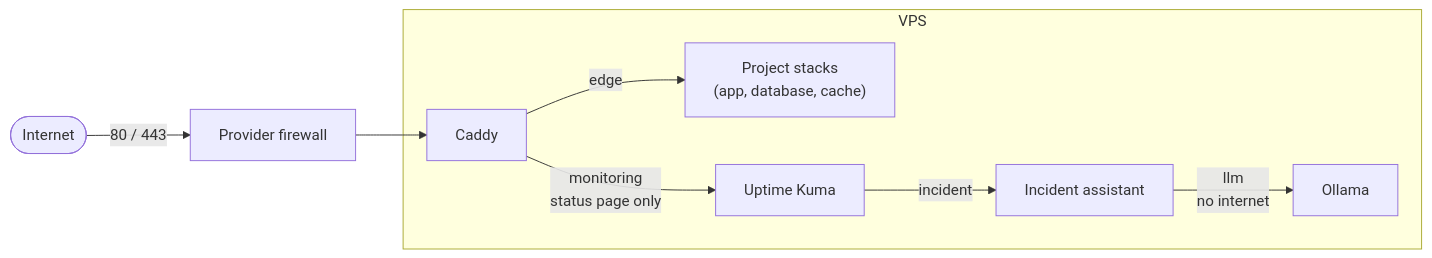
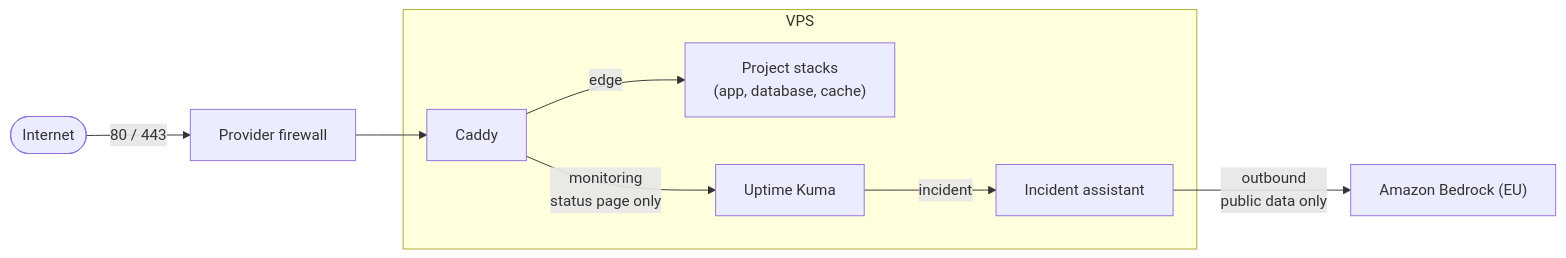
Before and after one commit to PhilippKlinger/v-server-setup: the diagram in README.md, drawn with Mermaid. The commit also changed other lines of this file, not shown here.

Commit message:
docs: describe the incident assistant on Amazon Bedrock

````diff
--- a/README.md
+++ b/README.md
@@ -499,16 +498,16 @@
 ```mermaid
 flowchart LR
     internet([Internet]) -->|"80 / 443"| fw[Provider firewall]
     fw --> caddy
     subgraph vps [VPS]
         caddy[Caddy]
         apps["Project stacks<br/>(app, database, cache)"]
         kuma[Uptime Kuma]
         assistant[Incident assistant]
-        llm[Ollama]
         caddy -- edge --> apps
         caddy -- "monitoring<br/>status page only" --> kuma
         kuma -- incident --> assistant
-        assistant -- "llm<br/>no internet" --> llm
     end
+    bedrock["Amazon Bedrock (EU)"]
+    assistant -- "outbound<br/>public data only" --> bedrock
 ```
````
